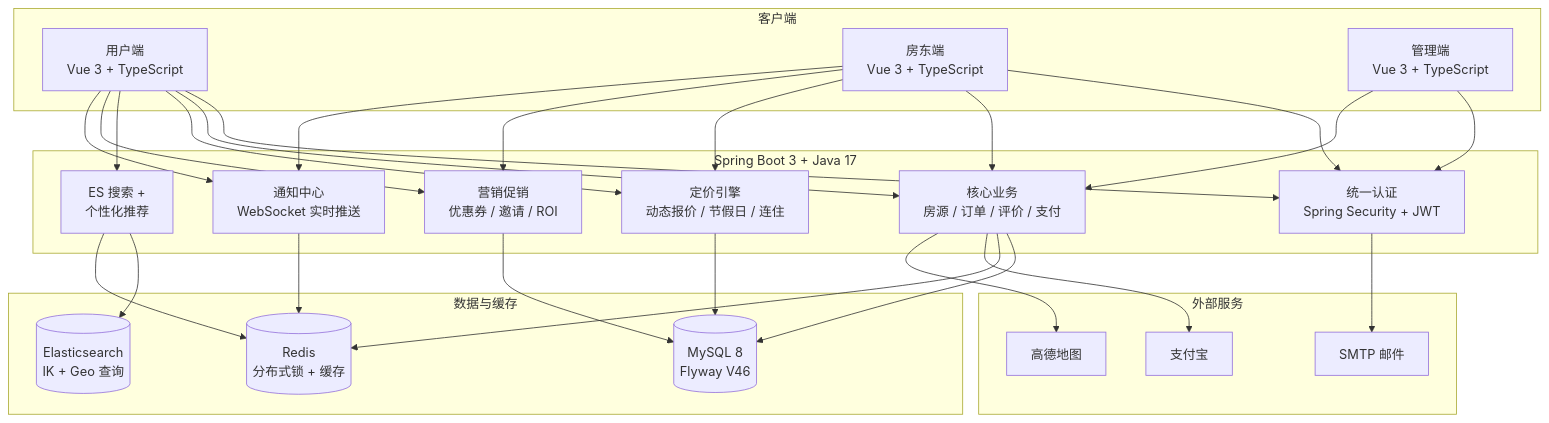
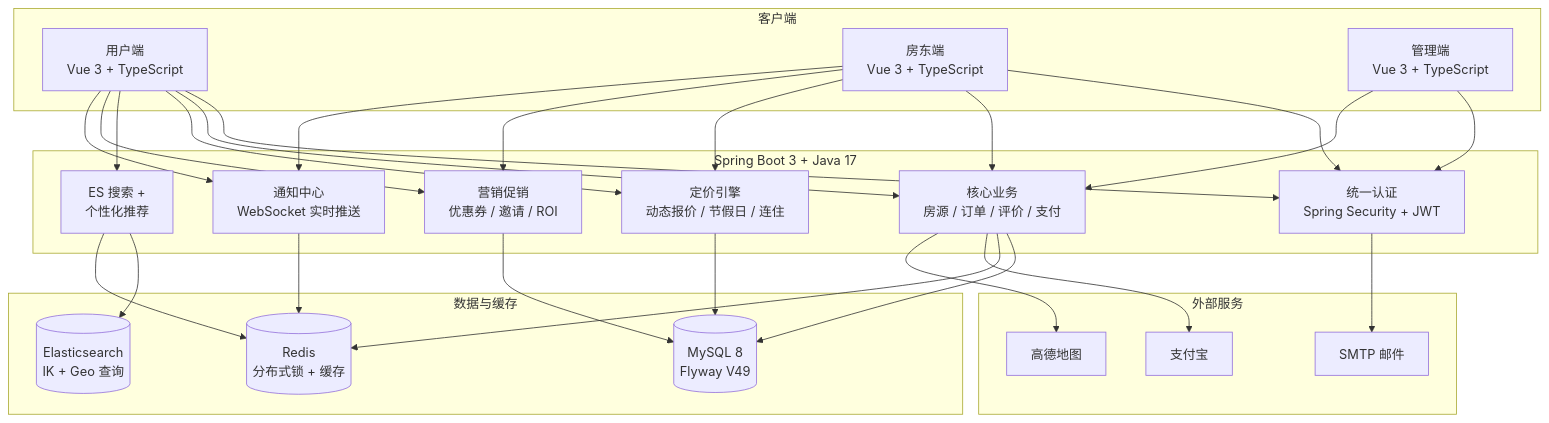
One commit to goaltang/homestay-booking-platform changed the diagram in README.md. Above: the diagram before and after it, drawn with Mermaid. The commit also changed other lines of this file and 2 other files, not shown here.

````diff
--- a/README.md
+++ b/README.md
@@ -68,54 +70,54 @@
 ```mermaid
 graph TB
     subgraph 客户端
         F1[用户端<br/>Vue 3 + TypeScript]
         F2[房东端<br/>Vue 3 + TypeScript]
         F3[管理端<br/>Vue 3 + TypeScript]
     end
 
     subgraph 后端服务 [Spring Boot 3 + Java 17]
         S1[统一认证<br/>Spring Security + JWT]
         S2[核心业务<br/>房源 / 订单 / 评价 / 支付]
         S3[定价引擎<br/>动态报价 / 节假日 / 连住]
         S4[ES 搜索 +<br/>个性化推荐]
         S5[营销促销<br/>优惠券 / 邀请 / ROI]
         S6[通知中心<br/>WebSocket 实时推送]
     end
 
     subgraph 数据与缓存
-        D1[(MySQL 8<br/>Flyway V46)]
+        D1[(MySQL 8<br/>Flyway V49)]
         D2[(Redis<br/>分布式锁 + 缓存)]
         D3[(Elasticsearch<br/>IK + Geo 查询)]
     end
 
     subgraph 外部服务
         E1[支付宝]
         E2[高德地图]
         E3[SMTP 邮件]
     end
 
     F1 --> S1
     F2 --> S1
     F3 --> S1
     F1 --> S2
     F2 --> S2
     F3 --> S2
     F1 --> S3
     F2 --> S3
     F1 --> S4
     F1 --> S5
     F2 --> S5
     F1 --> S6
     F2 --> S6
 
     S2 --> D1
     S3 --> D1
     S4 --> D3
     S4 --> D2
     S5 --> D1
     S6 --> D2
     S2 --> D2
     S2 --> E1
     S2 --> E2
     S1 --> E3
 ```
````
